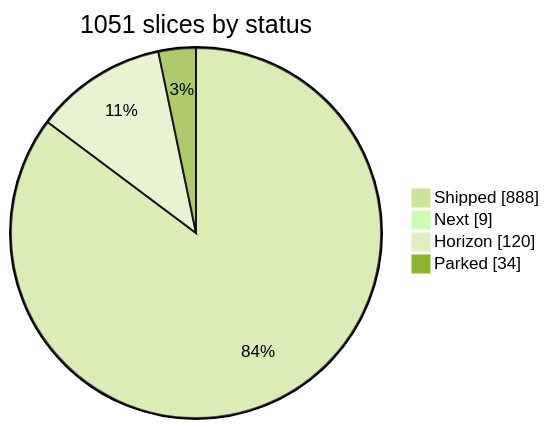
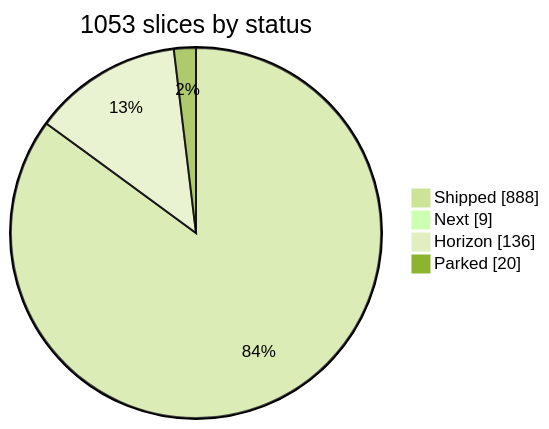
One commit to jpoindexter/Vanta changed the second of 3 diagrams in vanta-website/docs/roadmap.md. Above: the diagram before and after it, drawn with Mermaid (forest theme). The commit also changed 2 other files, not shown here.

Commit message:
roadmap: parked-card audit — revive 14 to horizon, add public-API + keybinding cards
- revived parked→horizon (future releases): X-search, OSINT, serverless-cron, sibling-adapter mixin, MCP-serve-comms, jailbreak-detect, docker egress isolation, skill gating, secret-scope, billing-view, checkpoint-rollback verify, migrate-import, media path-recency, progress-bubble
- added EXT-PUBLIC-API (versioned public API + embeddable SDK) and KEYBINDING-CUSTOMIZATION (rebuilt on current TUI)
- fold-notes: OP-INSTALLER-STAGED→INSTALL-PARITY, MSG-MEDIA-VOICE→MSG-MEDIA-IMAGES
- parked 34→20 (dead/premature only); beta path unchanged at next=9

````diff
--- a/vanta-website/docs/roadmap.md
+++ b/vanta-website/docs/roadmap.md
@@ -52,8 +52,8 @@
 ```mermaid
 pie showData
-  title 1051 slices by status
+  title 1053 slices by status
   "Shipped" : 888
   "Next" : 9
-  "Horizon" : 120
-  "Parked" : 34
+  "Horizon" : 136
+  "Parked" : 20
 ```
````
